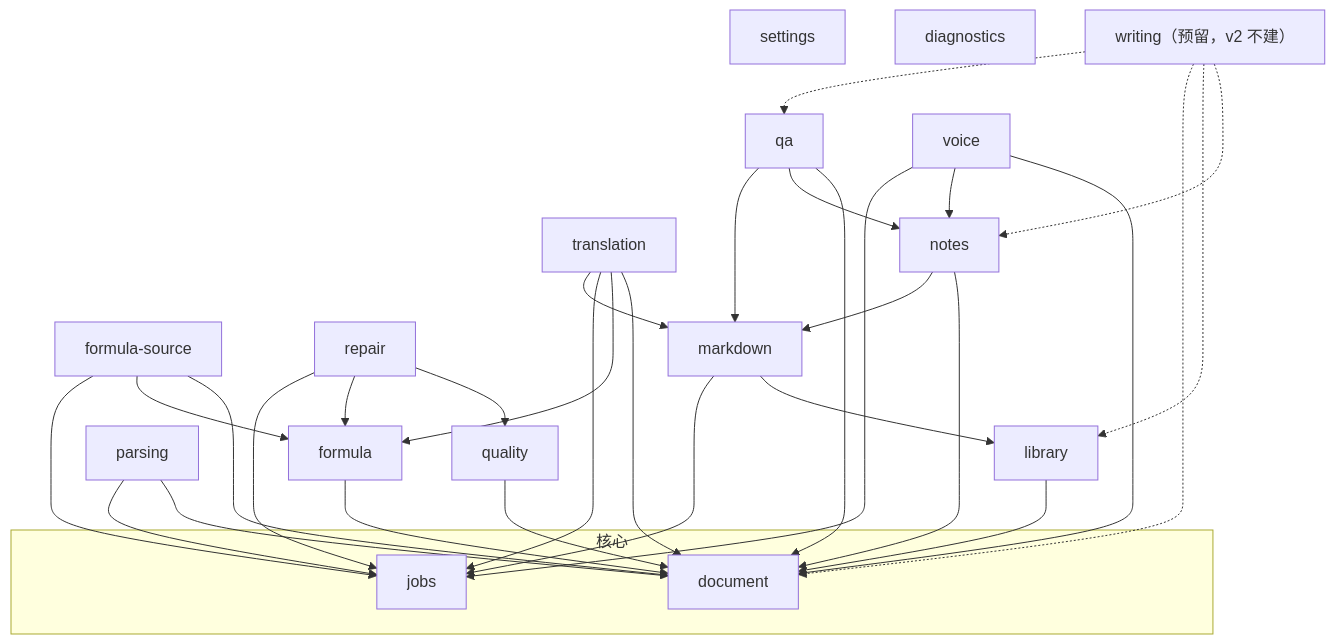
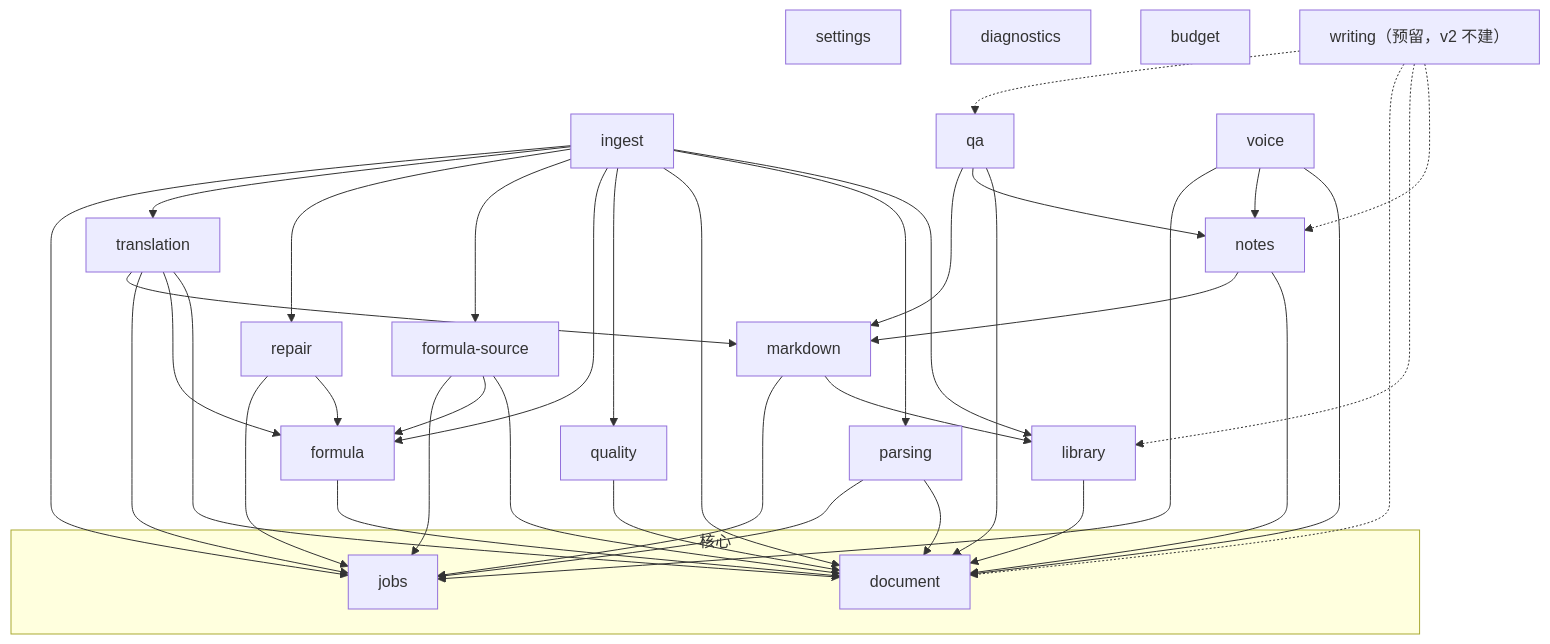
One commit to wisdom-km/open-immerse-v2 changed the second of 5 diagrams in ARCHITECTURE.md. Above: the diagram before and after it, drawn with Mermaid. The commit also changed other lines of this file and 5 other files, not shown here.

First line of the commit message:
docs: 架构评审修复 A——4 个 P0（ingest 编排、进程边界、预算闸门、译文裁图）并删除 G17 (#5)

````diff
--- a/ARCHITECTURE.md
+++ b/ARCHITECTURE.md
@@ -367,38 +386,47 @@
 ```mermaid
 flowchart TD
   subgraph core["核心"]
     document
     jobs
   end
+  ingest --> library
+  ingest --> parsing
+  ingest --> document
+  ingest --> quality
+  ingest --> formula
+  ingest --> fsrc
+  ingest --> repair
+  ingest --> translation
+  ingest --> jobs
   library --> document
   parsing --> document
   parsing --> jobs
   formula --> document
   fsrc["formula-source"] --> document
   fsrc --> formula
   fsrc --> jobs
   quality --> document
-  repair --> quality
   repair --> formula
   repair --> jobs
   translation --> document
   translation --> formula
   translation --> jobs
   translation --> markdown
   markdown --> library
   markdown --> jobs
   notes --> document
   notes --> markdown
   qa --> document
   qa --> notes
   qa --> markdown
   voice --> document
   voice --> notes
   voice --> jobs
   settings
   diagnostics
+  budget
   writing["writing（预留，v2 不建）"] -.-> notes
   writing -.-> library
   writing -.-> document
   writing -.-> qa
 ```
````
